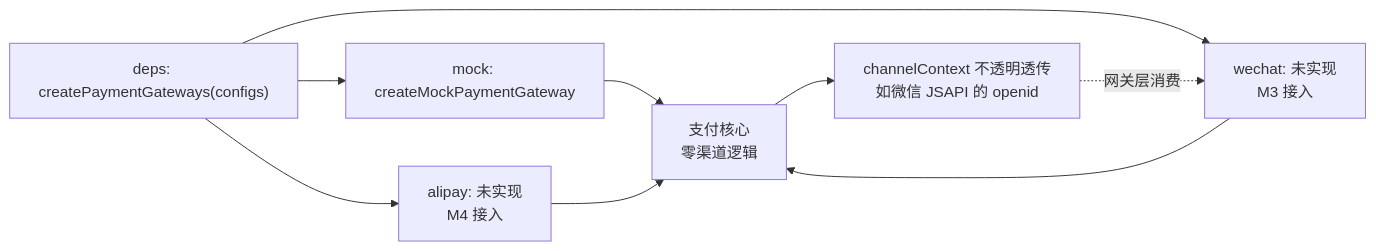
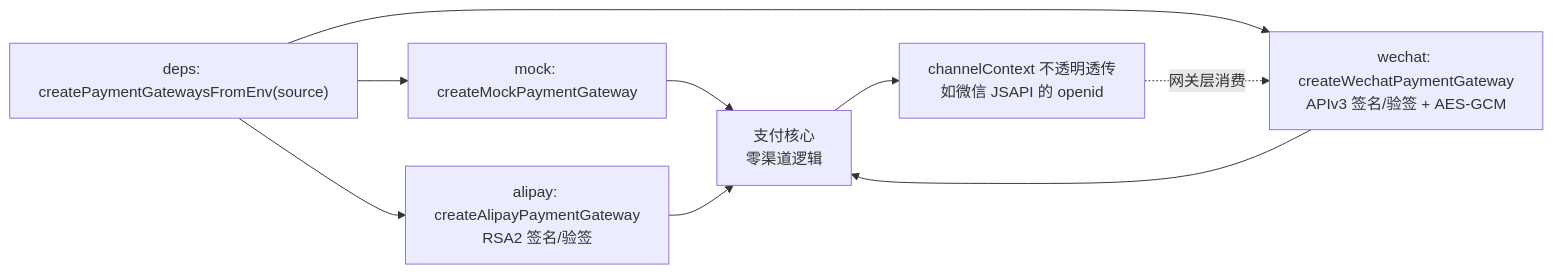
One commit to den9yon9/epinfresh changed the second of 3 diagrams in docs/payment-flow.md. Above: the diagram before and after it, drawn with Mermaid. The commit also changed other lines of this file and 1 other file, not shown here.

Commit message:
docs: close tech-debt #6, update payment flow for reconcile/refund/alipay

````diff
--- a/docs/payment-flow.md
+++ b/docs/payment-flow.md
@@ -56,11 +56,11 @@
 ```mermaid
 flowchart LR
-    Deps["deps: createPaymentGateways(configs)"] --> Mock[mock: createMockPaymentGateway]
-    Deps --> Wechat[wechat: 未实现<br/>M3 接入]
-    Deps --> Alipay[alipay: 未实现<br/>M4 接入]
+    Deps["deps: createPaymentGatewaysFromEnv(source)"] --> Mock[mock: createMockPaymentGateway]
+    Deps --> Wechat[wechat: createWechatPaymentGateway<br/>APIv3 签名/验签 + AES-GCM]
+    Deps --> Alipay[alipay: createAlipayPaymentGateway<br/>RSA2 签名/验签]
     Mock --> Core[支付核心<br/>零渠道逻辑]
     Wechat --> Core
     Alipay --> Core
     Core --> Ctx[channelContext 不透明透传<br/>如微信 JSAPI 的 openid]
     Ctx -. 网关层消费 .-> Wechat
 ```
````
